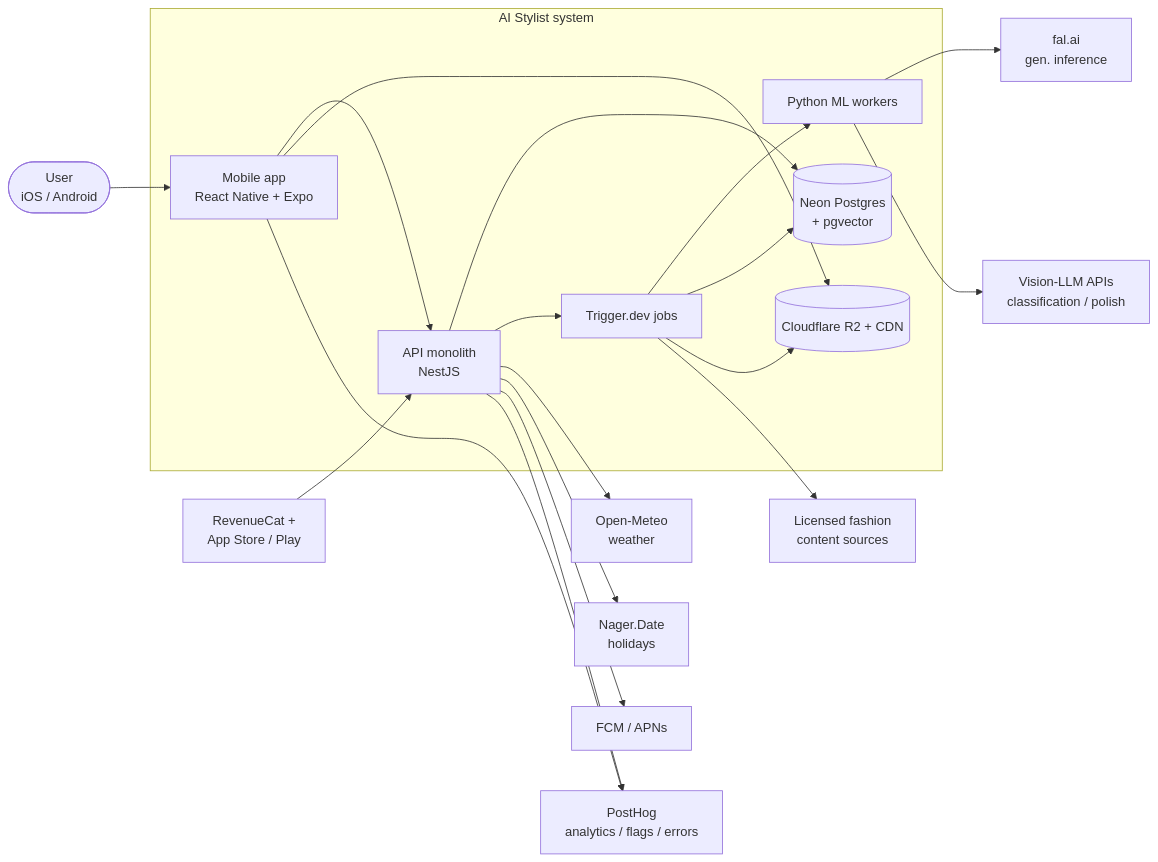
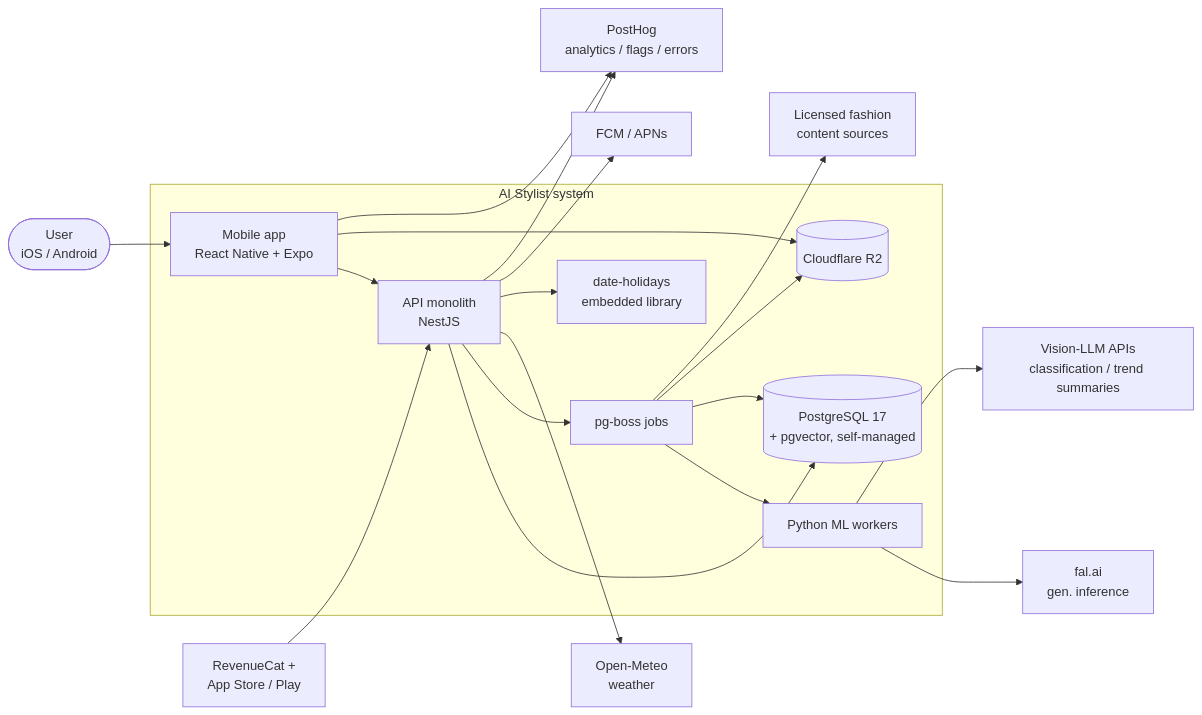
Before and after one commit to ArtMin96/ai-stylist: the first of 6 diagrams in planning/04-architecture.md, drawn with Mermaid. The commit also changed other lines of this file and 99 other files, not shown here.

````diff
--- a/planning/04-architecture.md
+++ b/planning/04-architecture.md
@@ -15,40 +15,40 @@
 ```mermaid
 flowchart LR
     user(["User<br/>iOS / Android"])
 
     subgraph system["AI Stylist system"]
         mobile["Mobile app<br/>React Native + Expo"]
         api["API monolith<br/>NestJS"]
-        jobs["Trigger.dev jobs"]
+        jobs["pg-boss jobs"]
         ml["Python ML workers"]
-        pg[("Neon Postgres<br/>+ pgvector")]
-        r2[("Cloudflare R2 + CDN")]
+        pg[("PostgreSQL 17<br/>+ pgvector, self-managed")]
+        r2[("Cloudflare R2")]
+        holidays["date-holidays<br/>embedded library"]
     end
 
     weather["Open-Meteo<br/>weather"]
-    holidays["Nager.Date<br/>holidays"]
     rc["RevenueCat +<br/>App Store / Play"]
     fal["fal.ai<br/>gen. inference"]
-    llm["Vision-LLM APIs<br/>classification / polish"]
+    llm["Vision-LLM APIs<br/>classification / trend summaries"]
     push["FCM / APNs"]
     ph["PostHog<br/>analytics / flags / errors"]
     content["Licensed fashion<br/>content sources"]
 
     user --> mobile
     mobile --> api
     mobile --> r2
     api --> pg
     api --> jobs
     jobs --> ml
     jobs --> pg
     jobs --> r2
     ml --> fal
     ml --> llm
     api --> weather
     api --> holidays
     rc --> api
     api --> push
     mobile --> ph
     api --> ph
     jobs --> content
 ```
````
